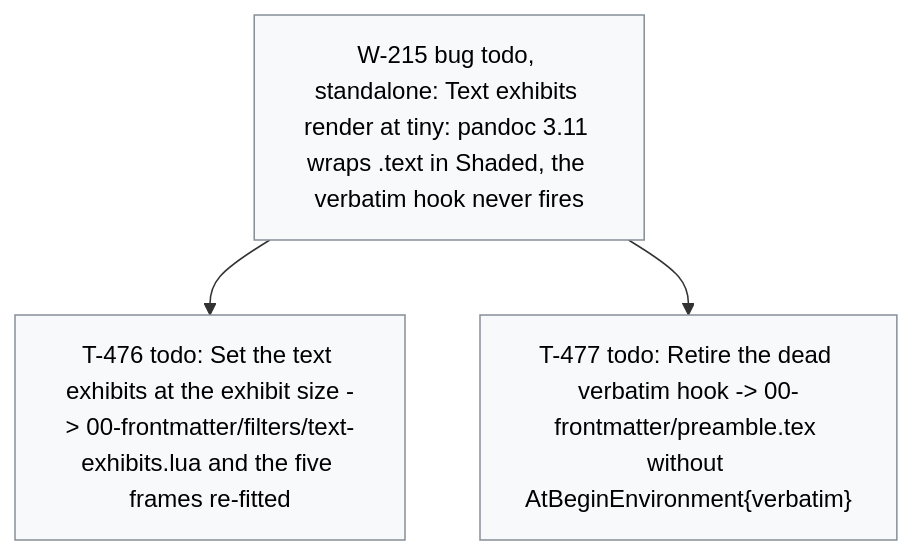
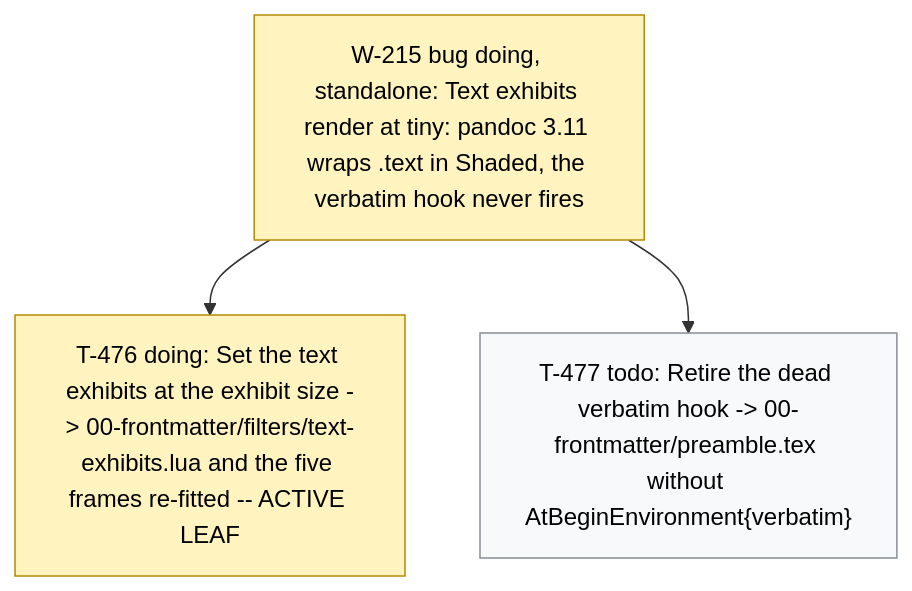
Before and after one commit to dpopchev/chaos-to-simple: the diagram in .board/BOARD.md, drawn with Mermaid. The commit also changed other lines of this file and 2 other files, not shown here.

Commit message:
chore(board): activate W-215, start T-476
Refs: W-215 T-476

````diff
--- a/.board/BOARD.md
+++ b/.board/BOARD.md
@@ -1269,12 +1269,13 @@
 ```mermaid
 flowchart TD
-  W215["W-215 bug todo, standalone: Text exhibits render at tiny: pandoc 3.11 wraps .text in Shaded, the verbatim hook never fires"]
-  W215 --> T476["T-476 todo: Set the text exhibits at the exhibit size -> 00-frontmatter/filters/text-exhibits.lua and the five frames re-fitted"]
+  W215["W-215 bug doing, standalone: Text exhibits render at tiny: pandoc 3.11 wraps .text in Shaded, the verbatim hook never fires"]
+  W215 --> T476["T-476 doing: Set the text exhibits at the exhibit size -> 00-frontmatter/filters/text-exhibits.lua and the five frames re-fitted -- ACTIVE LEAF"]
   W215 --> T477["T-477 todo: Retire the dead verbatim hook -> 00-frontmatter/preamble.tex without AtBeginEnvironment{verbatim}"]
   classDef doing fill:#fff3bf,stroke:#b58900,color:#000;
   classDef blocked fill:#ffe3e3,stroke:#c92a2a,color:#000;
   classDef done fill:#e6ffed,stroke:#2b8a3e,color:#000;
   classDef todo fill:#f8f9fa,stroke:#868e96,color:#000;
   classDef pruned fill:#f1f3f5,stroke:#adb5bd,color:#000;
-  class W215,T476,T477 todo
+  class W215,T476 doing
+  class T477 todo
 ```
````
